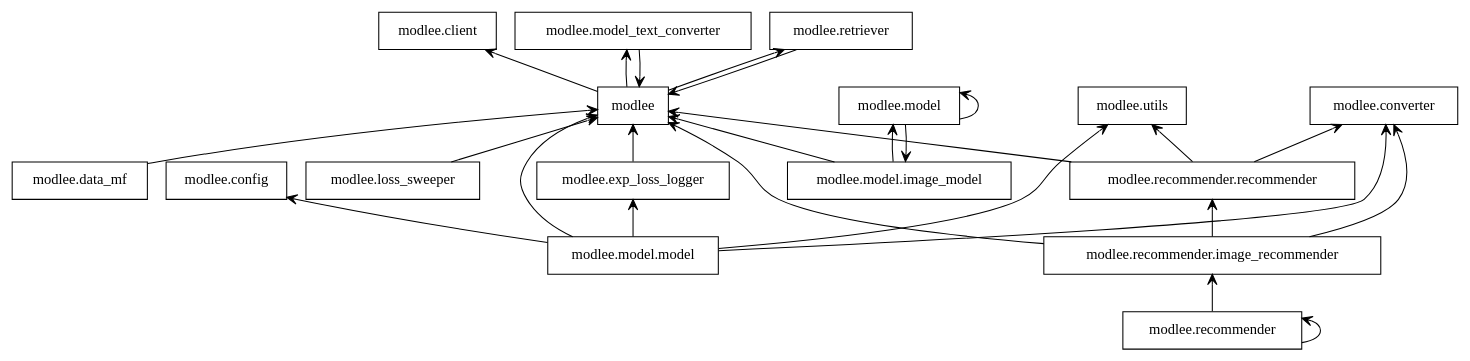
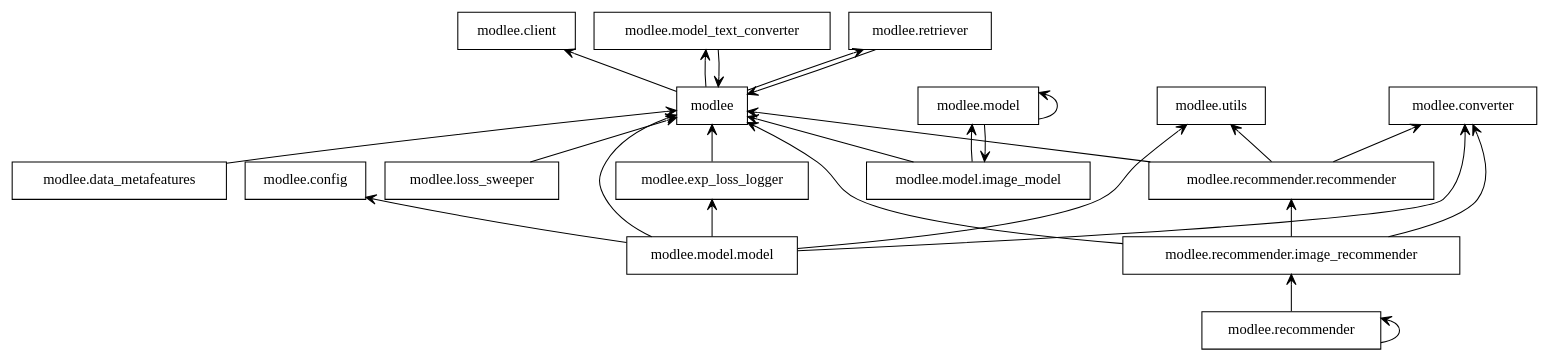
Before and after one commit to modlee-ai/modlee: the diagram in packages.dot, drawn with Graphviz. The commit also changed 41 other files, not shown here.

```diff
--- a/packages.dot
+++ b/packages.dot
@@ -1,45 +1,45 @@
 digraph "packages" {
 rankdir=BT
 charset="utf-8"
 "modlee" [color="black", label=<modlee>, shape="box", style="solid"];
 "modlee.client" [color="black", label=<modlee.client>, shape="box", style="solid"];
 "modlee.config" [color="black", label=<modlee.config>, shape="box", style="solid"];
 "modlee.converter" [color="black", label=<modlee.converter>, shape="box", style="solid"];
-"modlee.data_mf" [color="black", label=<modlee.data_mf>, shape="box", style="solid"];
+"modlee.data_metafeatures" [color="black", label=<modlee.data_metafeatures>, shape="box", style="solid"];
 "modlee.exp_loss_logger" [color="black", label=<modlee.exp_loss_logger>, shape="box", style="solid"];
 "modlee.loss_sweeper" [color="black", label=<modlee.loss_sweeper>, shape="box", style="solid"];
 "modlee.model" [color="black", label=<modlee.model>, shape="box", style="solid"];
 "modlee.model.image_model" [color="black", label=<modlee.model.image_model>, shape="box", style="solid"];
 "modlee.model.model" [color="black", label=<modlee.model.model>, shape="box", style="solid"];
 "modlee.model_text_converter" [color="black", label=<modlee.model_text_converter>, shape="box", style="solid"];
 "modlee.recommender" [color="black", label=<modlee.recommender>, shape="box", style="solid"];
 "modlee.recommender.image_recommender" [color="black", label=<modlee.recommender.image_recommender>, shape="box", style="solid"];
 "modlee.recommender.recommender" [color="black", label=<modlee.recommender.recommender>, shape="box", style="solid"];
 "modlee.retriever" [color="black", label=<modlee.retriever>, shape="box", style="solid"];
 "modlee.utils" [color="black", label=<modlee.utils>, shape="box", style="solid"];
 "modlee" -> "modlee.client" [arrowhead="open", arrowtail="none"];
 "modlee" -> "modlee.model_text_converter" [arrowhead="open", arrowtail="none"];
 "modlee" -> "modlee.retriever" [arrowhead="open", arrowtail="none"];
-"modlee.data_mf" -> "modlee" [arrowhead="open", arrowtail="none"];
+"modlee.data_metafeatures" -> "modlee" [arrowhead="open", arrowtail="none"];
 "modlee.exp_loss_logger" -> "modlee" [arrowhead="open", arrowtail="none"];
 "modlee.loss_sweeper" -> "modlee" [arrowhead="open", arrowtail="none"];
 "modlee.model" -> "modlee.model" [arrowhead="open", arrowtail="none"];
 "modlee.model" -> "modlee.model.image_model" [arrowhead="open", arrowtail="none"];
 "modlee.model.image_model" -> "modlee" [arrowhead="open", arrowtail="none"];
 "modlee.model.image_model" -> "modlee.model" [arrowhead="open", arrowtail="none"];
 "modlee.model.model" -> "modlee" [arrowhead="open", arrowtail="none"];
 "modlee.model.model" -> "modlee.config" [arrowhead="open", arrowtail="none"];
 "modlee.model.model" -> "modlee.converter" [arrowhead="open", arrowtail="none"];
 "modlee.model.model" -> "modlee.exp_loss_logger" [arrowhead="open", arrowtail="none"];
 "modlee.model.model" -> "modlee.utils" [arrowhead="open", arrowtail="none"];
 "modlee.model_text_converter" -> "modlee" [arrowhead="open", arrowtail="none"];
 "modlee.recommender" -> "modlee.recommender" [arrowhead="open", arrowtail="none"];
 "modlee.recommender" -> "modlee.recommender.image_recommender" [arrowhead="open", arrowtail="none"];
 "modlee.recommender.image_recommender" -> "modlee" [arrowhead="open", arrowtail="none"];
 "modlee.recommender.image_recommender" -> "modlee.converter" [arrowhead="open", arrowtail="none"];
 "modlee.recommender.image_recommender" -> "modlee.recommender.recommender" [arrowhead="open", arrowtail="none"];
 "modlee.recommender.recommender" -> "modlee" [arrowhead="open", arrowtail="none"];
 "modlee.recommender.recommender" -> "modlee.converter" [arrowhead="open", arrowtail="none"];
 "modlee.recommender.recommender" -> "modlee.utils" [arrowhead="open", arrowtail="none"];
 "modlee.retriever" -> "modlee" [arrowhead="open", arrowtail="none"];
 }
```
